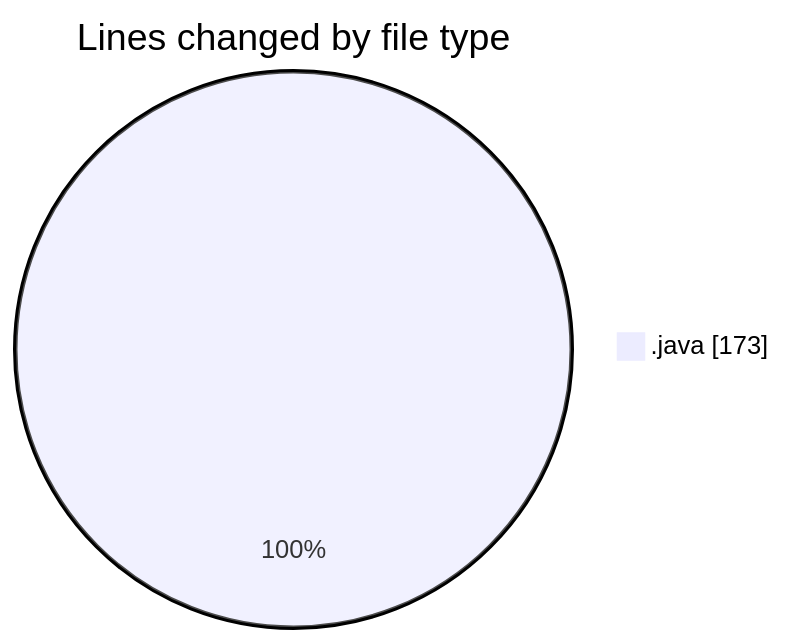
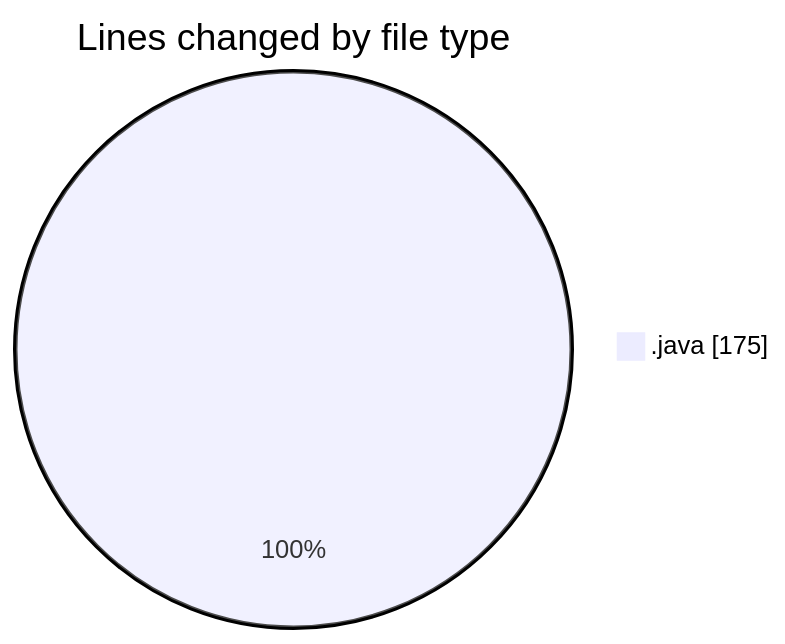
Before and after one commit to hasnaa123/code-tracking: the first of 2 diagrams in 2026-05-23/java-avanc-e-et-uml/README.md, drawn with Mermaid. The commit also changed other lines of this file and 1 other file, not shown here.

````diff
--- a/2026-05-23/java-avanc-e-et-uml/README.md
+++ b/2026-05-23/java-avanc-e-et-uml/README.md
@@ -24,5 +24,5 @@
 ```mermaid
 pie showData
 title Lines changed by file type
-".java" : 173
+".java" : 175
 ```
````
